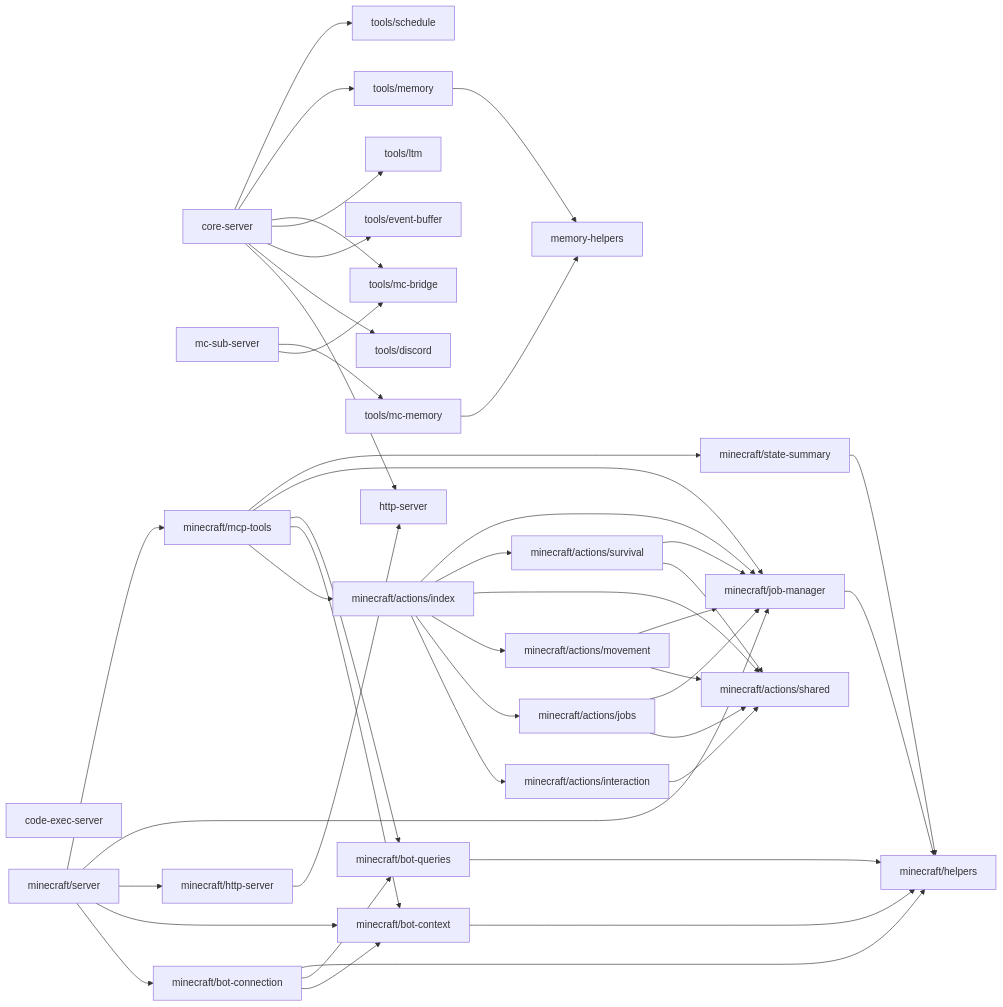
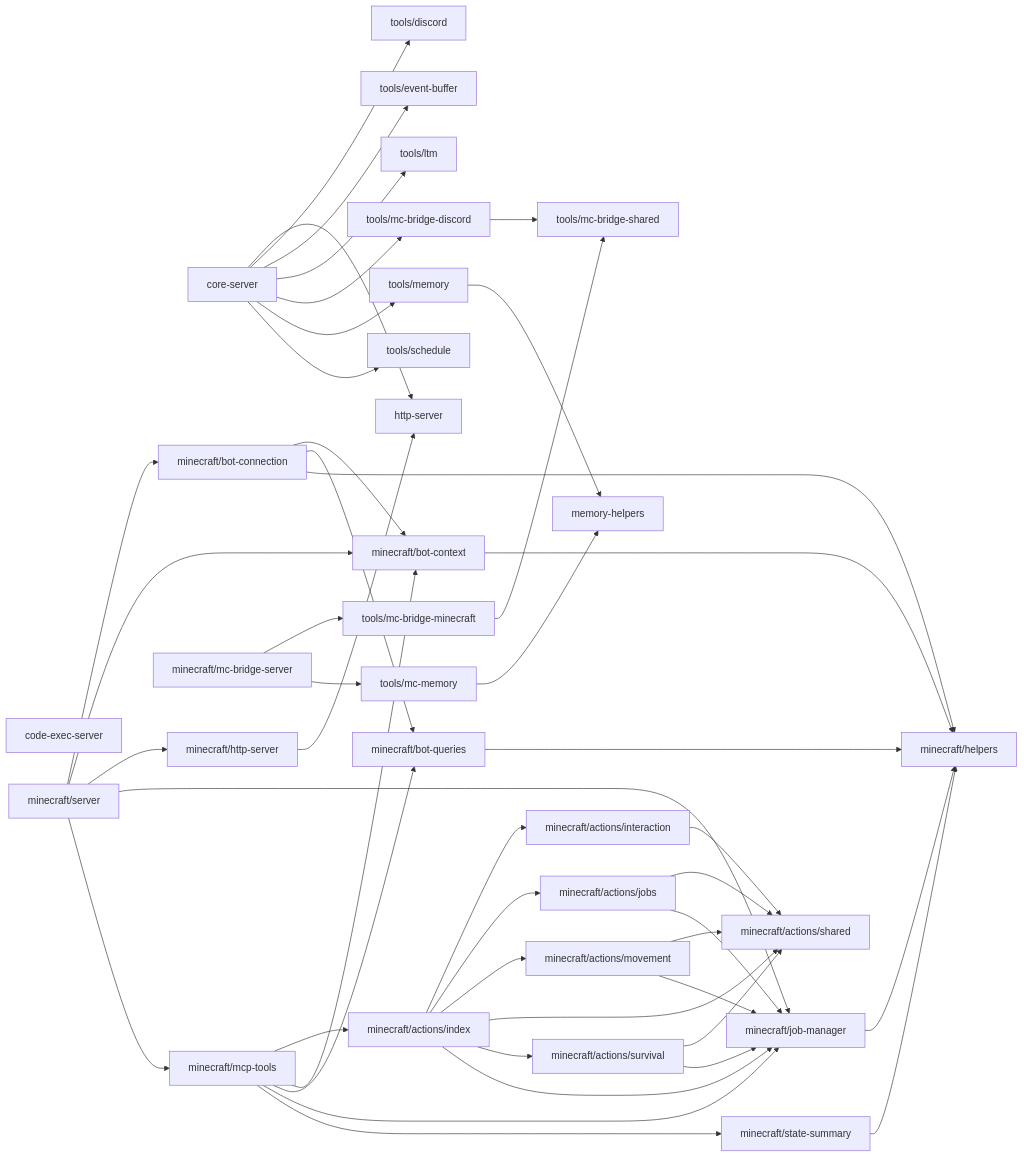
The diagram in src/mcp/DEPS.md (OJII3/vicissitude), drawn with Mermaid before and after one commit. The commit also changed other lines of this file and 41 other files, not shown here.

First line of the commit message:
refactor: mc-bridge 分割 + discord/minecraft 命名統一 + 結合テスト追加 (#106)

````diff
--- a/src/mcp/DEPS.md
+++ b/src/mcp/DEPS.md
@@ -7,55 +7,57 @@
 ```mermaid
 graph LR
   code_exec_server["code-exec-server"]
   core_server["core-server"] --> http_server["http-server"]
   core_server["core-server"] --> tools_discord["tools/discord"]
   core_server["core-server"] --> tools_event_buffer["tools/event-buffer"]
   core_server["core-server"] --> tools_ltm["tools/ltm"]
-  core_server["core-server"] --> tools_mc_bridge["tools/mc-bridge"]
+  core_server["core-server"] --> tools_mc_bridge_discord["tools/mc-bridge-discord"]
   core_server["core-server"] --> tools_memory["tools/memory"]
   core_server["core-server"] --> tools_schedule["tools/schedule"]
   http_server["http-server"]
-  mc_sub_server["mc-sub-server"] --> tools_mc_bridge["tools/mc-bridge"]
-  mc_sub_server["mc-sub-server"] --> tools_mc_memory["tools/mc-memory"]
   memory_helpers["memory-helpers"]
   minecraft_actions_index["minecraft/actions/index"] --> minecraft_actions_interaction["minecraft/actions/interaction"]
   minecraft_actions_index["minecraft/actions/index"] --> minecraft_actions_jobs["minecraft/actions/jobs"]
   minecraft_actions_index["minecraft/actions/index"] --> minecraft_actions_movement["minecraft/actions/movement"]
   minecraft_actions_index["minecraft/actions/index"] --> minecraft_actions_shared["minecraft/actions/shared"]
   minecraft_actions_index["minecraft/actions/index"] --> minecraft_actions_survival["minecraft/actions/survival"]
   minecraft_actions_index["minecraft/actions/index"] --> minecraft_job_manager["minecraft/job-manager"]
   minecraft_actions_interaction["minecraft/actions/interaction"] --> minecraft_actions_shared["minecraft/actions/shared"]
   minecraft_actions_jobs["minecraft/actions/jobs"] --> minecraft_actions_shared["minecraft/actions/shared"]
   minecraft_actions_jobs["minecraft/actions/jobs"] --> minecraft_job_manager["minecraft/job-manager"]
   minecraft_actions_movement["minecraft/actions/movement"] --> minecraft_actions_shared["minecraft/actions/shared"]
   minecraft_actions_movement["minecraft/actions/movement"] --> minecraft_job_manager["minecraft/job-manager"]
   minecraft_actions_shared["minecraft/actions/shared"]
   minecraft_actions_survival["minecraft/actions/survival"] --> minecraft_actions_shared["minecraft/actions/shared"]
   minecraft_actions_survival["minecraft/actions/survival"] --> minecraft_job_manager["minecraft/job-manager"]
   minecraft_bot_connection["minecraft/bot-connection"] --> minecraft_bot_context["minecraft/bot-context"]
   minecraft_bot_connection["minecraft/bot-connection"] --> minecraft_bot_queries["minecraft/bot-queries"]
   minecraft_bot_connection["minecraft/bot-connection"] --> minecraft_helpers["minecraft/helpers"]
   minecraft_bot_context["minecraft/bot-context"] --> minecraft_helpers["minecraft/helpers"]
   minecraft_bot_queries["minecraft/bot-queries"] --> minecraft_helpers["minecraft/helpers"]
   minecraft_helpers["minecraft/helpers"]
   minecraft_http_server["minecraft/http-server"] --> http_server["http-server"]
   minecraft_job_manager["minecraft/job-manager"] --> minecraft_helpers["minecraft/helpers"]
+  minecraft_mc_bridge_server["minecraft/mc-bridge-server"] --> tools_mc_bridge_minecraft["tools/mc-bridge-minecraft"]
+  minecraft_mc_bridge_server["minecraft/mc-bridge-server"] --> tools_mc_memory["tools/mc-memory"]
   minecraft_mcp_tools["minecraft/mcp-tools"] --> minecraft_actions_index["minecraft/actions/index"]
   minecraft_mcp_tools["minecraft/mcp-tools"] --> minecraft_bot_context["minecraft/bot-context"]
   minecraft_mcp_tools["minecraft/mcp-tools"] --> minecraft_bot_queries["minecraft/bot-queries"]
   minecraft_mcp_tools["minecraft/mcp-tools"] --> minecraft_job_manager["minecraft/job-manager"]
   minecraft_mcp_tools["minecraft/mcp-tools"] --> minecraft_state_summary["minecraft/state-summary"]
   minecraft_server["minecraft/server"] --> minecraft_bot_connection["minecraft/bot-connection"]
   minecraft_server["minecraft/server"] --> minecraft_bot_context["minecraft/bot-context"]
   minecraft_server["minecraft/server"] --> minecraft_http_server["minecraft/http-server"]
   minecraft_server["minecraft/server"] --> minecraft_job_manager["minecraft/job-manager"]
   minecraft_server["minecraft/server"] --> minecraft_mcp_tools["minecraft/mcp-tools"]
   minecraft_state_summary["minecraft/state-summary"] --> minecraft_helpers["minecraft/helpers"]
   tools_discord["tools/discord"]
   tools_event_buffer["tools/event-buffer"]
   tools_ltm["tools/ltm"]
-  tools_mc_bridge["tools/mc-bridge"]
+  tools_mc_bridge_discord["tools/mc-bridge-discord"] --> tools_mc_bridge_shared["tools/mc-bridge-shared"]
+  tools_mc_bridge_minecraft["tools/mc-bridge-minecraft"] --> tools_mc_bridge_shared["tools/mc-bridge-shared"]
+  tools_mc_bridge_shared["tools/mc-bridge-shared"]
   tools_mc_memory["tools/mc-memory"] --> memory_helpers["memory-helpers"]
   tools_memory["tools/memory"] --> memory_helpers["memory-helpers"]
   tools_schedule["tools/schedule"]
 ```
````
